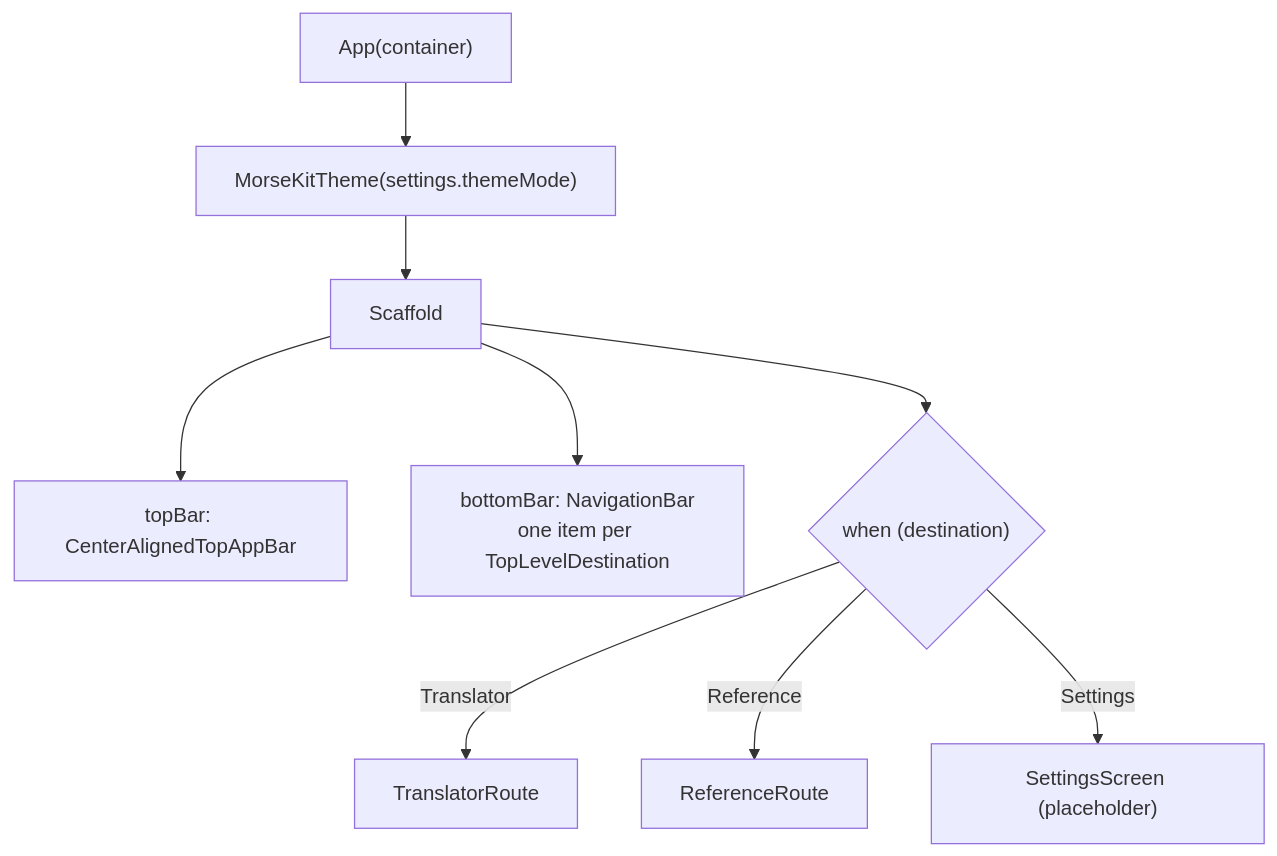
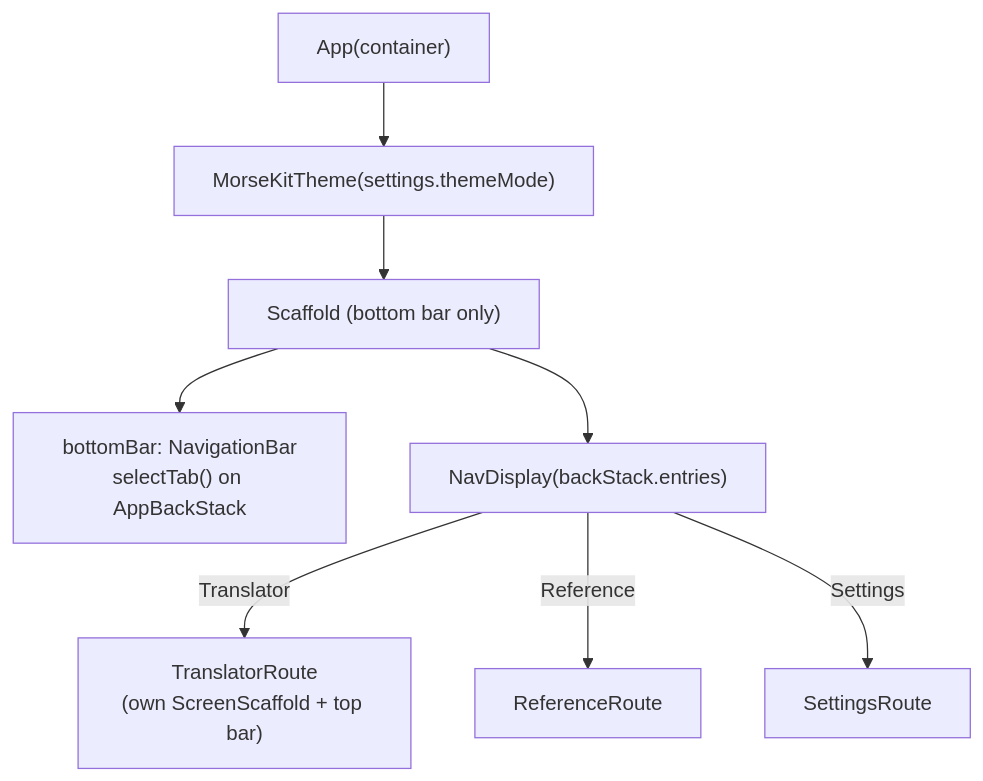
The fifth of 8 diagrams in docs/04-compose-ui-and-state.md (chankruze/morsekit), drawn with Mermaid before and after one commit. The commit also changed other lines of this file and 10 other files, not shown here.

First line of the commit message:
feat(navigation): switch to Navigation 3 with a tested back stack

````diff
--- a/docs/04-compose-ui-and-state.md
+++ b/docs/04-compose-ui-and-state.md
@@ -194,11 +194,10 @@
 ```mermaid
 flowchart TB
     App["App(container)"] --> Theme["MorseKitTheme(settings.themeMode)"]
-    Theme --> Scaffold["Scaffold"]
-    Scaffold --> Top["topBar: CenterAlignedTopAppBar"]
-    Scaffold --> Bottom["bottomBar: NavigationBar<br/>one item per TopLevelDestination"]
-    Scaffold --> Content{"when (destination)"}
-    Content -->|Translator| TR["TranslatorRoute"]
-    Content -->|Reference| RS["ReferenceRoute"]
-    Content -->|Settings| SS["SettingsScreen (placeholder)"]
+    Theme --> Scaffold["Scaffold (bottom bar only)"]
+    Scaffold --> Bottom["bottomBar: NavigationBar<br/>selectTab() on AppBackStack"]
+    Scaffold --> ND["NavDisplay(backStack.entries)"]
+    ND -->|Translator| TR["TranslatorRoute<br/>(own ScreenScaffold + top bar)"]
+    ND -->|Reference| RS["ReferenceRoute"]
+    ND -->|Settings| SS["SettingsRoute"]
 ```
````
